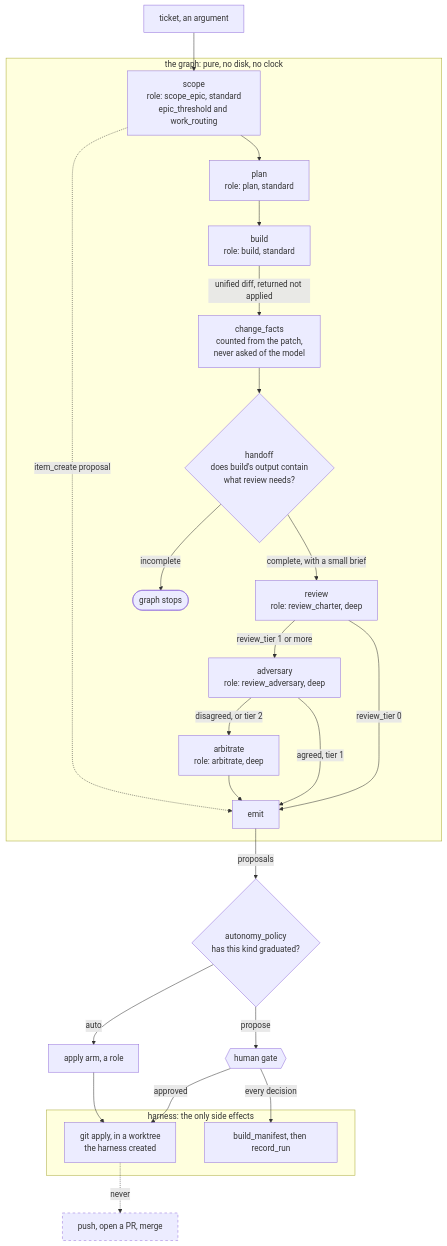
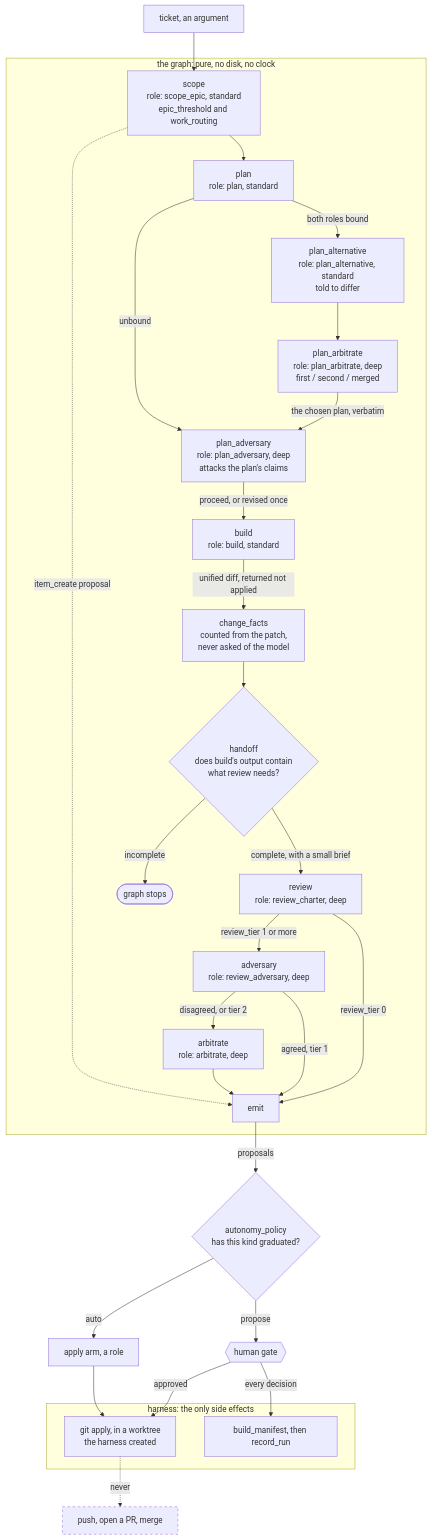
Before and after one commit to ppfenning/agent-graphs: the diagram in graphs/delivery/lifecycle-propose.md, drawn with Mermaid. The commit also changed other lines of this file and 3 other files, not shown here.

First line of the commit message:
lifecycle: solutions compete before build — plan_alternative, plan_arbitrate, plan_adversary

````diff
--- a/graphs/delivery/lifecycle-propose.md
+++ b/graphs/delivery/lifecycle-propose.md
@@ -28,47 +31,54 @@
 ```mermaid
 flowchart TB
     TICKET["ticket, an argument"] --> SCOPE
 
     subgraph GRAPH["the graph: pure, no disk, no clock"]
         SCOPE["scope<br/>role: scope_epic, standard<br/>epic_threshold and work_routing"]
         PLAN["plan<br/>role: plan, standard"]
+        ALT["plan_alternative<br/>role: plan_alternative, standard<br/>told to differ"]
+        PARB["plan_arbitrate<br/>role: plan_arbitrate, deep<br/>first / second / merged"]
+        PADV["plan_adversary<br/>role: plan_adversary, deep<br/>attacks the plan's claims"]
         BUILD["build<br/>role: build, standard"]
         FACTS["change_facts<br/>counted from the patch,<br/>never asked of the model"]
         HANDOFF{"handoff<br/>does build's output contain<br/>what review needs?"}
         REVIEW["review<br/>role: review_charter, deep"]
         ADV["adversary<br/>role: review_adversary, deep"]
         ARB["arbitrate<br/>role: arbitrate, deep"]
         EMIT["emit"]
         STOP(["graph stops"])
 
         SCOPE --> PLAN
-        PLAN --> BUILD
+        PLAN -- "both roles bound" --> ALT
+        ALT --> PARB
+        PARB -- "the chosen plan, verbatim" --> PADV
+        PLAN -- "unbound" --> PADV
+        PADV -- "proceed, or revised once" --> BUILD
         BUILD -- "unified diff, returned not applied" --> FACTS
         FACTS --> HANDOFF
         HANDOFF -- "incomplete" --> STOP
         HANDOFF -- "complete, with a small brief" --> REVIEW
         REVIEW -- "review_tier 0" --> EMIT
         REVIEW -- "review_tier 1 or more" --> ADV
         ADV -- "agreed, tier 1" --> EMIT
         ADV -- "disagreed, or tier 2" --> ARB
         ARB --> EMIT
         SCOPE -. "item_create proposal" .-> EMIT
     end
 
     EMIT -- "proposals" --> POLICY{"autonomy_policy<br/>has this kind graduated?"}
     POLICY -- "propose" --> GATE{{"human gate"}}
     POLICY -- "auto" --> ARM["apply arm, a role"]
 
     subgraph HARNESS["harness: the only side effects"]
         APPLY["git apply, in a worktree<br/>the harness created"]
         RECORD["build_manifest, then record_run"]
     end
 
     GATE -- "approved" --> APPLY
     ARM --> APPLY
     GATE -- "every decision" --> RECORD
 
     APPLY -. "never" .-> PUSH["push, open a PR, merge"]
 
     style PUSH stroke-dasharray: 5 5
 ```
````
